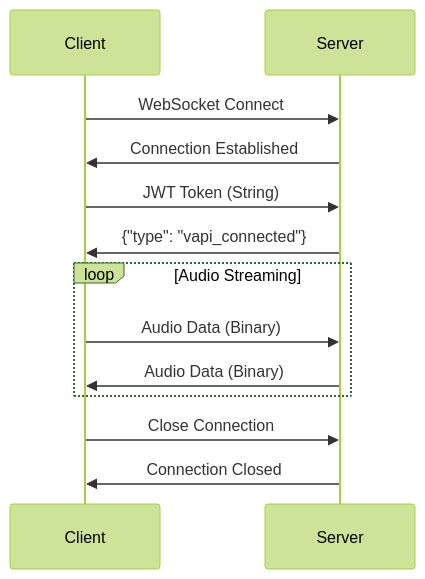
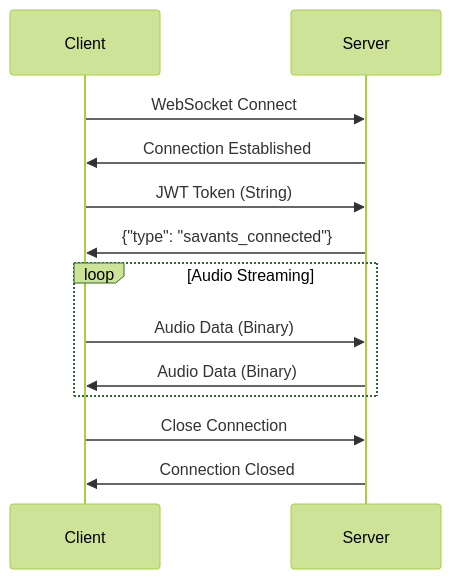
One commit to SavantCaleb/docs changed the diagram in api-reference/websocket-connection.mdx. Above: the diagram before and after it, drawn with Mermaid (forest theme). The commit also changed other lines of this file and 4 other files, not shown here.

````diff
--- a/api-reference/websocket-connection.mdx
+++ b/api-reference/websocket-connection.mdx
@@ -14,18 +14,18 @@
 ```mermaid
 sequenceDiagram
     participant Client
     participant Server
     
     Client->>Server: WebSocket Connect
     Server->>Client: Connection Established
     Client->>Server: JWT Token (String)
-    Server->>Client: {"type": "vapi_connected"}
+    Server->>Client: {"type": "savants_connected"}
     
     loop Audio Streaming
         Client->>Server: Audio Data (Binary)
         Server->>Client: Audio Data (Binary)
     end
     
     Client->>Server: Close Connection
     Server->>Client: Connection Closed
 ```
````
